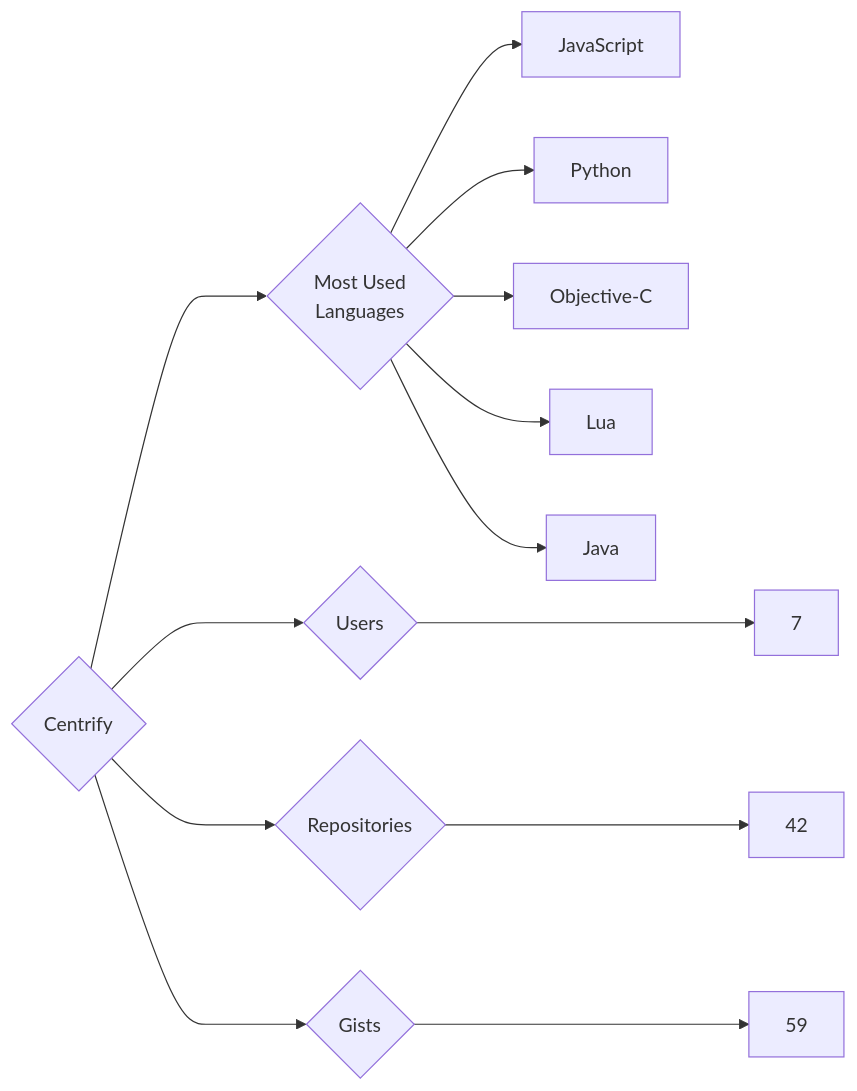
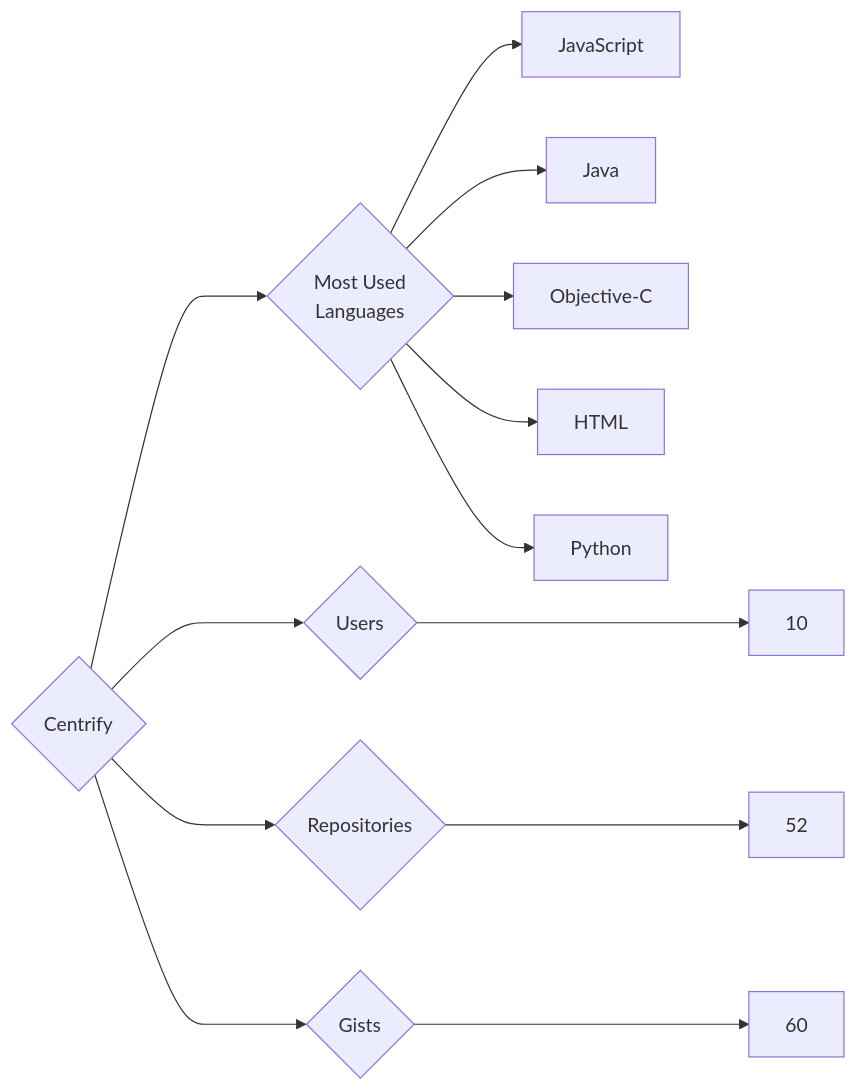
Before and after one commit to trickest/insiders: the diagram in targets/Centrify/README.md, drawn with Mermaid. The commit also changed 1195 other files, not shown here.

````diff
--- a/targets/Centrify/README.md
+++ b/targets/Centrify/README.md
@@ -3,13 +3,13 @@
 ```mermaid
 graph LR
 COMPANY_NAME{Centrify}
-COMPANY_NAME ---> U{Users} ---> UN[7]
-COMPANY_NAME ---> R{Repositories} ---> RN[42]
-COMPANY_NAME ---> G{Gists} ---> GN[59]
+COMPANY_NAME ---> U{Users} ---> UN[10]
+COMPANY_NAME ---> R{Repositories} ---> RN[52]
+COMPANY_NAME ---> G{Gists} ---> GN[60]
 COMPANY_NAME ---> ML{Most Used<br>Languages}
 ML --> JavaScript[JavaScript]
+ML --> Java[Java]
+ML --> Objective-C[Objective-C]
+ML --> HTML[HTML]
 ML --> Python[Python]
-ML --> Objective-C[Objective-C]
-ML --> Lua[Lua]
-ML --> Java[Java]
 ```
````
